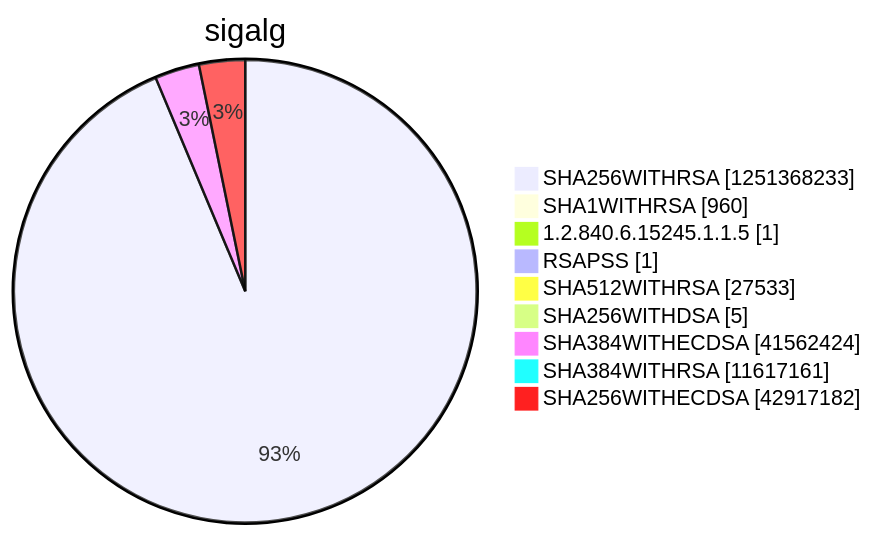
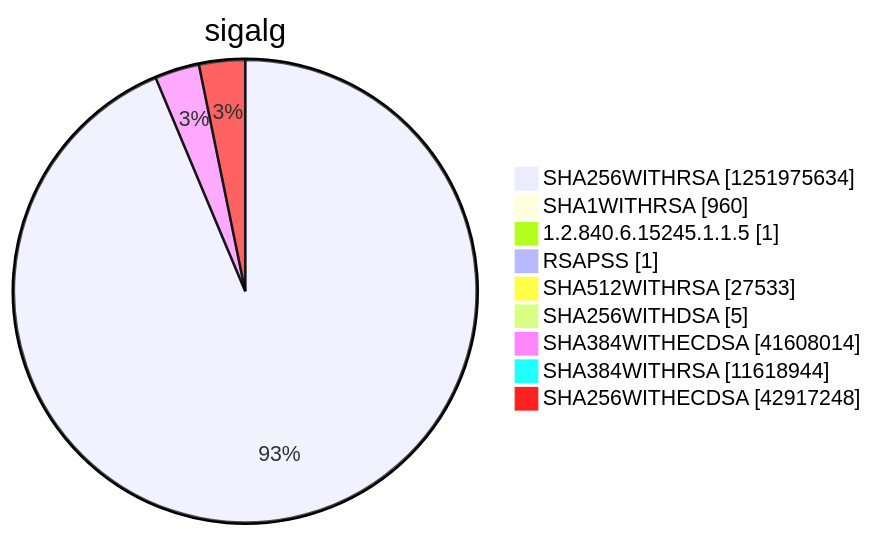
Before and after one commit to christiankrug/ctmonitor_visualization: diagram 15 of 15 in argon2022/README.md, drawn with Mermaid. The commit also changed other lines of this file, not shown here.

````diff
--- a/argon2022/README.md
+++ b/argon2022/README.md
@@ -5522,13 +5522,13 @@
 ```mermaid
 pie showData
 title sigalg
-"SHA256WITHRSA" :1251368233
+"SHA256WITHRSA" :1251975634
 "SHA1WITHRSA" :960
 "1.2.840.6.15245.1.1.5" :1
 "RSAPSS" :1
 "SHA512WITHRSA" :27533
 "SHA256WITHDSA" :5
-"SHA384WITHECDSA" :41562424
-"SHA384WITHRSA" :11617161
-"SHA256WITHECDSA" :42917182
+"SHA384WITHECDSA" :41608014
+"SHA384WITHRSA" :11618944
+"SHA256WITHECDSA" :42917248
 ```
````
